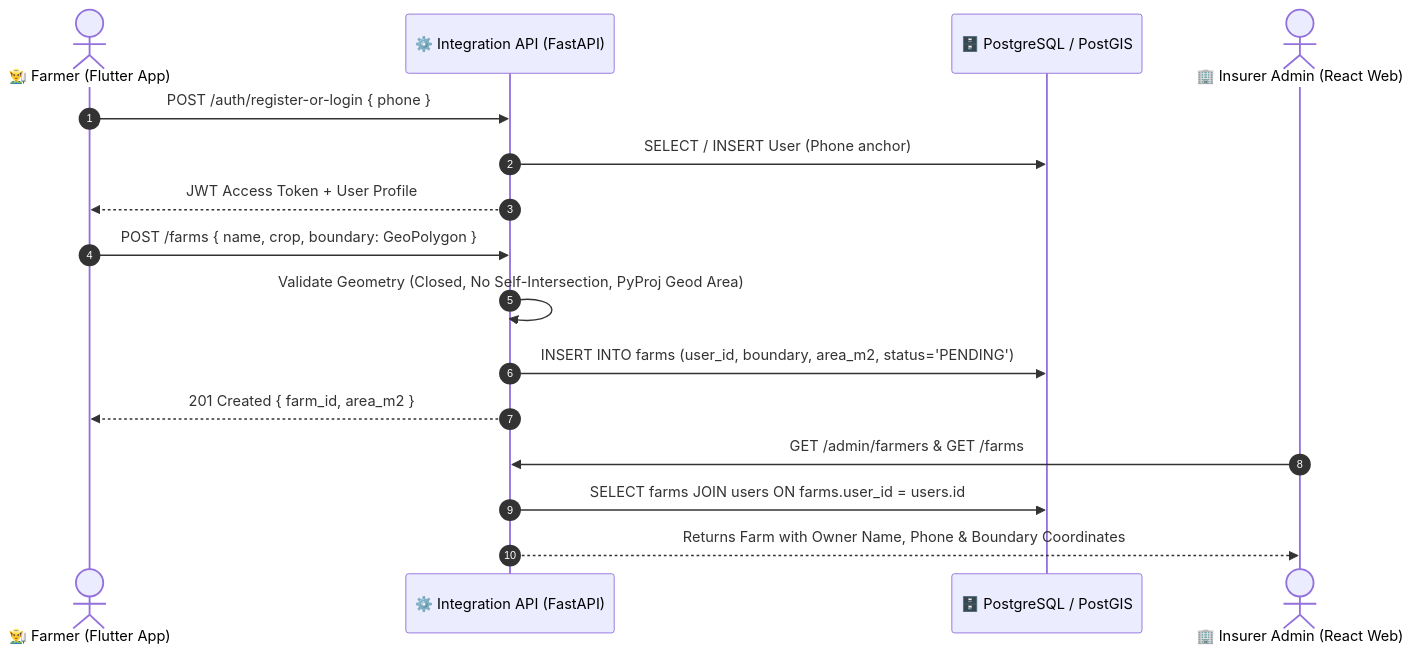
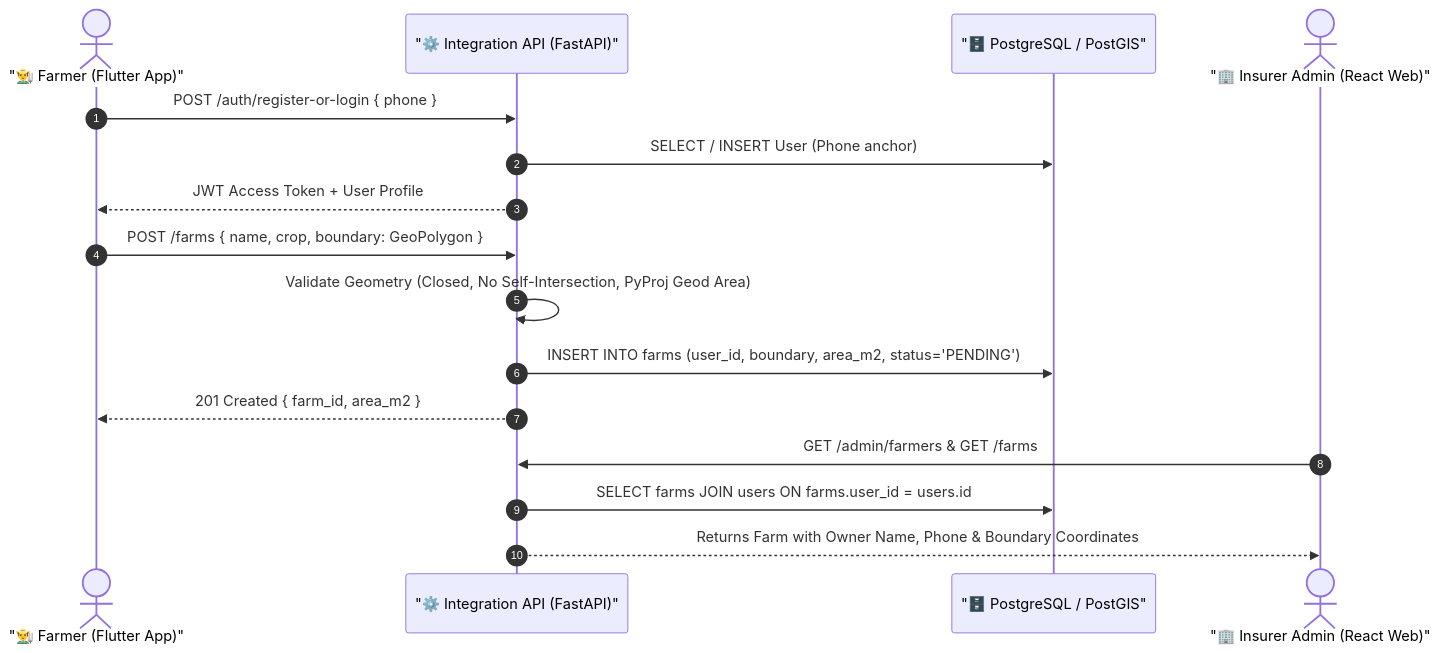
Before and after one commit to mayankanand-dev/AgriShield: the second of 4 diagrams in README.md, drawn with Mermaid. The commit also changed other lines of this file, not shown here.

````diff
--- a/README.md
+++ b/README.md
@@ -258,21 +258,21 @@
 ```mermaid
 sequenceDiagram
     autonumber
-    actor Farmer as 👨‍🌾 Farmer (Flutter App)
-    participant Backend as ⚙️ Integration API (FastAPI)
-    participant PostGIS as 🗄️ PostgreSQL / PostGIS
-    actor Admin as 🏢 Insurer Admin (React Web)
+    actor Farmer as "👨‍🌾 Farmer (Flutter App)"
+    participant Backend as "⚙️ Integration API (FastAPI)"
+    participant PostGIS as "🗄️ PostgreSQL / PostGIS"
+    actor Admin as "🏢 Insurer Admin (React Web)"
 
     Farmer->>Backend: POST /auth/register-or-login { phone }
     Backend->>PostGIS: SELECT / INSERT User (Phone anchor)
     Backend-->>Farmer: JWT Access Token + User Profile
 
     Farmer->>Backend: POST /farms { name, crop, boundary: GeoPolygon }
     Backend->>Backend: Validate Geometry (Closed, No Self-Intersection, PyProj Geod Area)
     Backend->>PostGIS: INSERT INTO farms (user_id, boundary, area_m2, status='PENDING')
     Backend-->>Farmer: 201 Created { farm_id, area_m2 }
 
     Admin->>Backend: GET /admin/farmers & GET /farms
     Backend->>PostGIS: SELECT farms JOIN users ON farms.user_id = users.id
     Backend-->>Admin: Returns Farm with Owner Name, Phone & Boundary Coordinates
 ```
````
